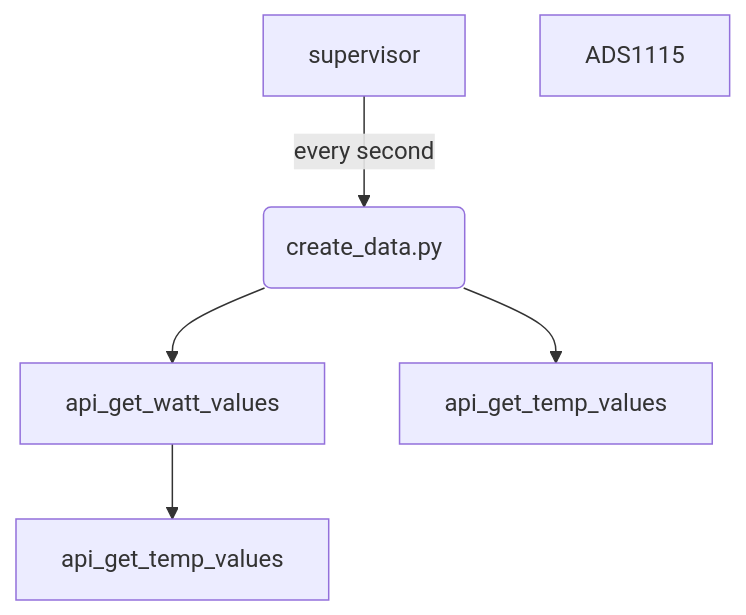
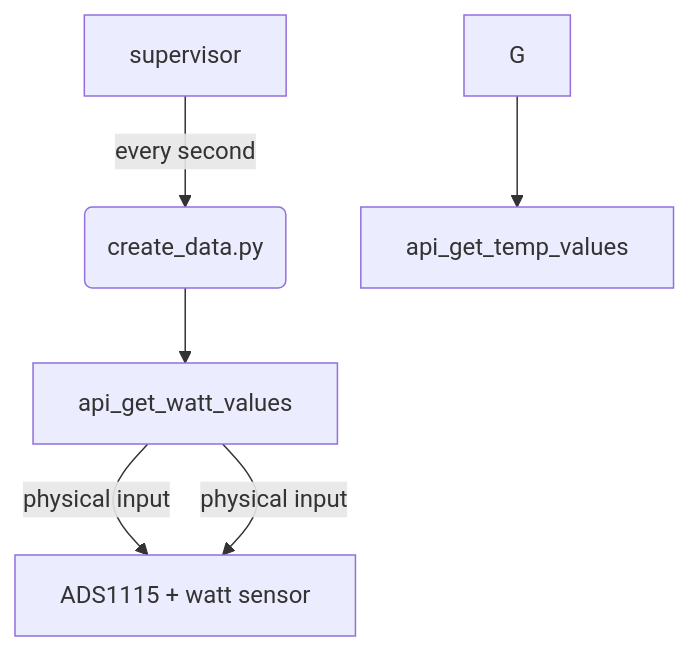
The diagram in software.md (cheperboy/wiki), drawn with Mermaid before and after one commit. The commit also changed other lines of this file, not shown here.

Commit message:
software.md updated from https://stackedit.io/

````diff
--- a/software.md
+++ b/software.md
@@ -34,9 +34,10 @@
 ```mermaid
 graph TD
 A[supervisor] -->|every second| B(create_data.py)
 B --> C[api_get_watt_values]
-B --> D[api_get_temp_values]
-C --> E[api_get_temp_values]
-ADS1115
+C --> |physical input| E[ADS1115 + watt sensor]
+C --> |physical input| E[ADS1115 + watt sensor]
+G --> D[api_get_temp_values]
+
 
 ```
````
